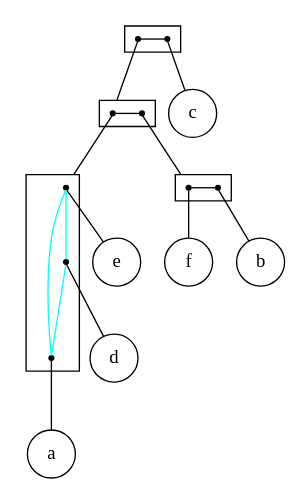
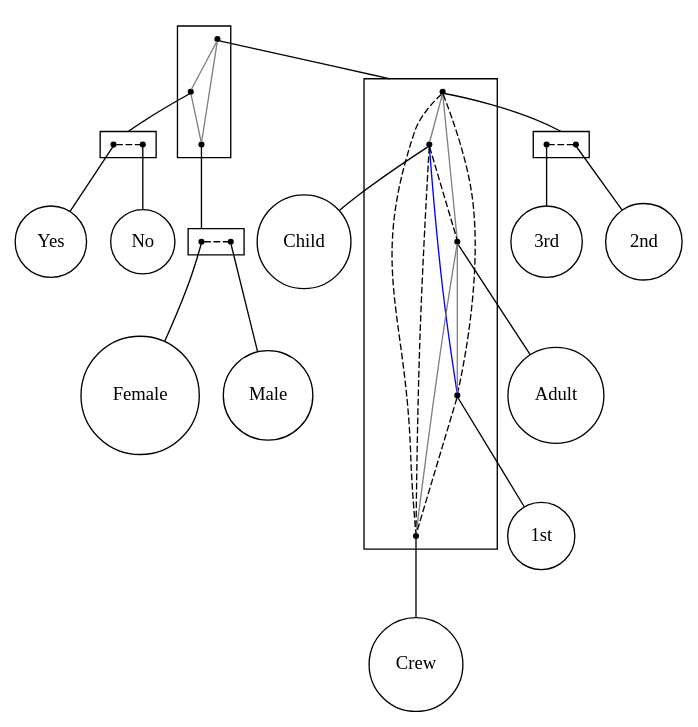
One commit to lrodrin/TFG changed the diagram in src/extension/linear_2-structure.dot. Above: the diagram before and after it, drawn with Graphviz. The commit also changed 4 other files, not shown here.

```diff
--- a/src/extension/linear_2-structure.dot
+++ b/src/extension/linear_2-structure.dot
@@ -1,47 +1,70 @@
 strict digraph "linear_2-structure" {
 compound=true;
 fontname=Verdana;
 fontsize=12;
 newrank=true;
 node [shape=circle];
-c;
-e;
-d;
-a;
-f;
-b;
-subgraph cluster_adfecb {
+Child;
+Adult;
+"1st";
+Crew;
+"2nd";
+"3rd";
+Female;
+Male;
+Yes;
+No;
+subgraph cluster_3rdCrewChild2nd1stFemaleNoAdultYesMale {
+node [shape=point];
+s_2nd1stAdult3rdCrewChild -> s_YesNo  [arrowhead=none, color=grey, style=solid];
+s_2nd1stAdult3rdCrewChild -> s_MaleFemale  [arrowhead=none, color=grey, style=solid];
+s_YesNo -> s_MaleFemale  [arrowhead=none, color=grey, style=solid];
+}
+
+subgraph cluster_2nd1stAdult3rdCrewChild {
+node [shape=point];
+s_2nd3rd -> s_Child  [arrowhead=none, color=grey, style=solid];
+s_2nd3rd -> s_Adult  [arrowhead=none, color=grey, style=solid];
+s_2nd3rd -> s_1st  [arrowhead=none, color=black, style=dashed];
+s_2nd3rd -> s_Crew  [arrowhead=none, color=black, style=dashed];
+s_Child -> s_Adult  [arrowhead=none, color=black, style=dashed];
+s_Child -> s_1st  [arrowhead=none, color=blue, style=solid];
+s_Child -> s_Crew  [arrowhead=none, color=black, style=dashed];
+s_Adult -> s_1st  [arrowhead=none, color=grey, style=solid];
+s_Adult -> s_Crew  [arrowhead=none, color=grey, style=solid];
+s_1st -> s_Crew  [arrowhead=none, color=black, style=dashed];
+}
+
+subgraph cluster_2nd3rd {
 rank=same;
 node [shape=point];
-s_adfeb -> s_c  [arrowhead=none, color=black];
+s_2nd -> s_3rd  [arrowhead=none, color=black, style=dashed];
 }
 
-subgraph cluster_adfeb {
+subgraph cluster_MaleFemale {
 rank=same;
 node [shape=point];
-s_aed -> s_bf  [arrowhead=none, color=black];
+s_Female -> s_Male  [arrowhead=none, color=black, style=dashed];
 }
 
-subgraph cluster_aed {
+subgraph cluster_YesNo {
+rank=same;
 node [shape=point];
-s_e -> s_d  [arrowhead=none, color=cyan];
-s_e -> s_a  [arrowhead=none, color=cyan];
-s_d -> s_a  [arrowhead=none, color=cyan];
+s_Yes -> s_No  [arrowhead=none, color=black, style=dashed];
 }
 
-subgraph cluster_bf {
-rank=same;
-node [shape=point];
-s_f -> s_b  [arrowhead=none, color=black];
+s_2nd1stAdult3rdCrewChild -> s_2nd3rd  [arrowhead=none, lhead=cluster_2nd1stAdult3rdCrewChild];
+s_YesNo -> s_Yes  [arrowhead=none, lhead=cluster_YesNo];
+s_MaleFemale -> s_Female  [arrowhead=none, lhead=cluster_MaleFemale];
+s_2nd3rd -> s_2nd  [arrowhead=none, lhead=cluster_2nd3rd];
+s_Child -> Child  [arrowhead=none];
+s_Adult -> Adult  [arrowhead=none];
+s_1st -> "1st"  [arrowhead=none];
+s_Crew -> Crew  [arrowhead=none];
+s_2nd -> "2nd"  [arrowhead=none];
+s_3rd -> "3rd"  [arrowhead=none];
+s_Female -> Female  [arrowhead=none];
+s_Male -> Male  [arrowhead=none];
+s_Yes -> Yes  [arrowhead=none];
+s_No -> No  [arrowhead=none];
 }
-
-s_adfeb -> s_aed  [arrowhead=none, lhead=cluster_adfeb];
-s_c -> c  [arrowhead=none];
-s_aed -> s_e  [arrowhead=none, lhead=cluster_aed];
-s_bf -> s_f  [arrowhead=none, lhead=cluster_bf];
-s_e -> e  [arrowhead=none];
-s_d -> d  [arrowhead=none];
-s_a -> a  [arrowhead=none];
-s_f -> f  [arrowhead=none];
-s_b -> b  [arrowhead=none];
-}
```
